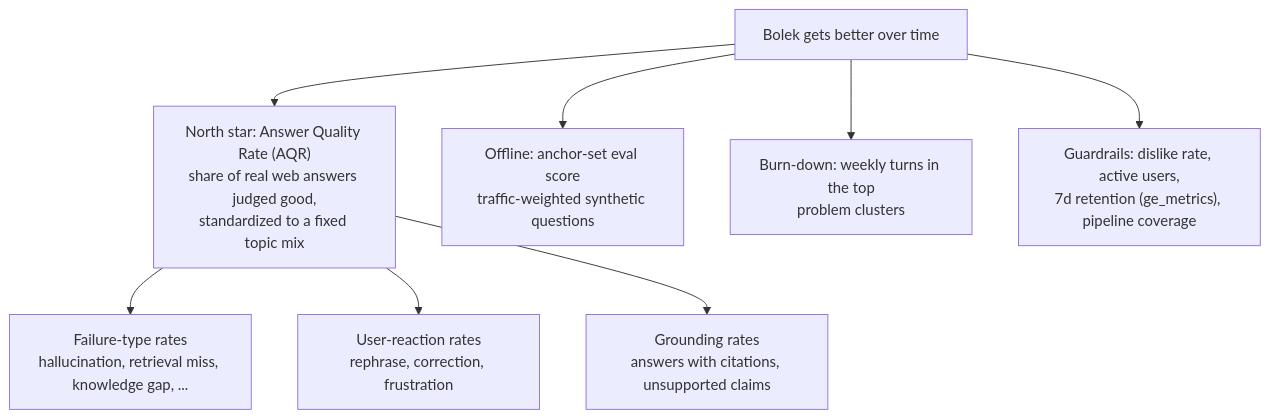
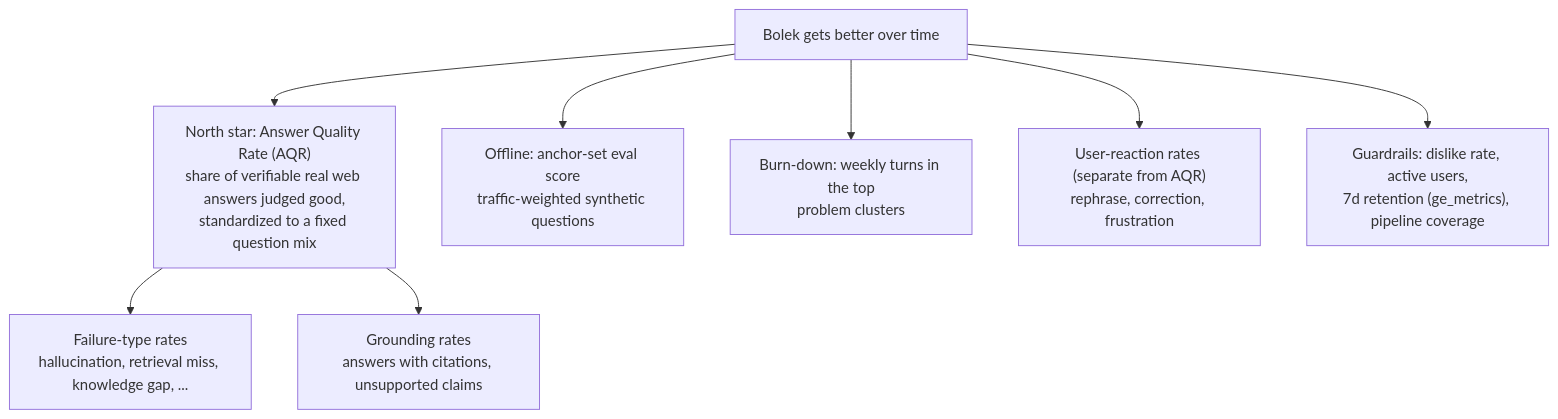
Before and after one commit to pborkowski-rtbh/conversation-analyzer: the first of 8 diagrams in design.md, drawn with Mermaid. The commit also changed other lines of this file and 5 other files, not shown here.

````diff
--- a/design.md
+++ b/design.md
@@ -31,10 +31,10 @@
 ```mermaid
 flowchart TD
-    G["Bolek gets better over time"] --> N["North star: Answer Quality Rate (AQR)<br/>share of real web answers judged good,<br/>standardized to a fixed topic mix"]
+    G["Bolek gets better over time"] --> N["North star: Answer Quality Rate (AQR)<br/>share of verifiable real web answers judged good,<br/>standardized to a fixed question mix"]
     G --> O["Offline: anchor-set eval score<br/>traffic-weighted synthetic questions"]
     G --> B["Burn-down: weekly turns in the top<br/>problem clusters"]
     N --> D1["Failure-type rates<br/>hallucination, retrieval miss, knowledge gap, ..."]
-    N --> D2["User-reaction rates<br/>rephrase, correction, frustration"]
+    G --> D2["User-reaction rates (separate from AQR)<br/>rephrase, correction, frustration"]
     N --> D3["Grounding rates<br/>answers with citations, unsupported claims"]
     G --> GR["Guardrails: dislike rate, active users,<br/>7d retention (ge_metrics), pipeline coverage"]
 ```
````
